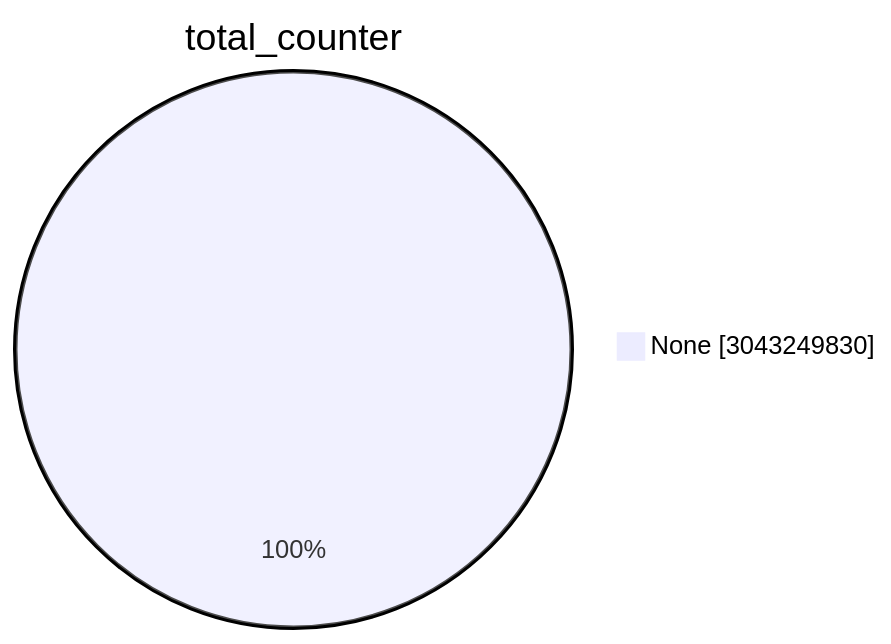
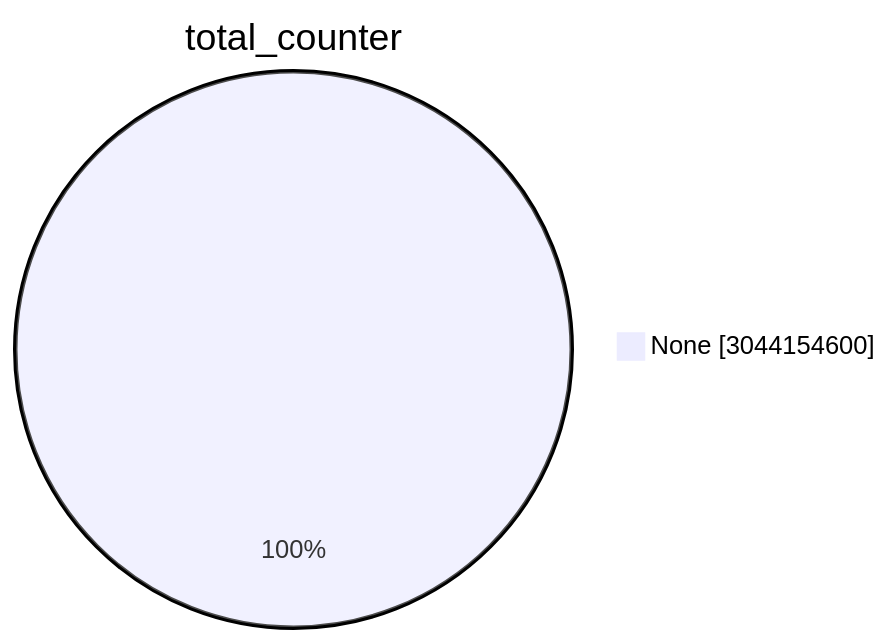
Before and after one commit to christiankrug/ctmonitor_visualization: the first of 15 diagrams in TOTAL/README.md, drawn with Mermaid. The commit also changed other lines of this file, not shown here.

````diff
--- a/TOTAL/README.md
+++ b/TOTAL/README.md
@@ -1,5 +1,5 @@
 ```mermaid
 pie showData
 title total_counter
-"None" :3043249830
+"None" :3044154600
 ```
````
